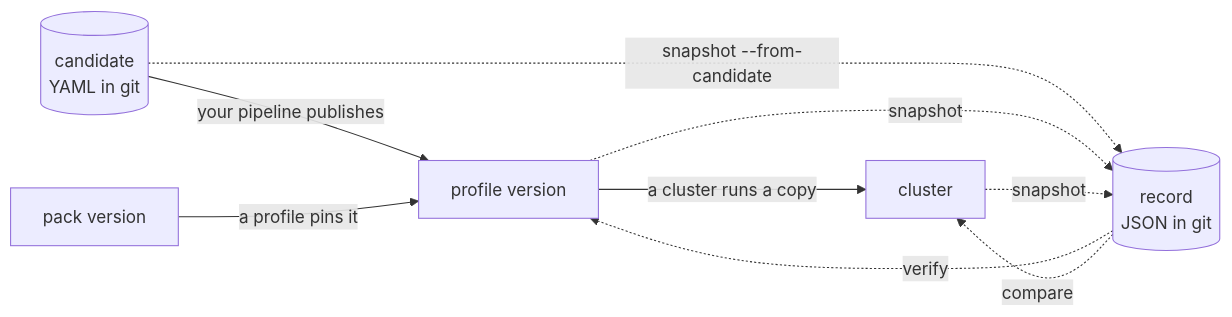
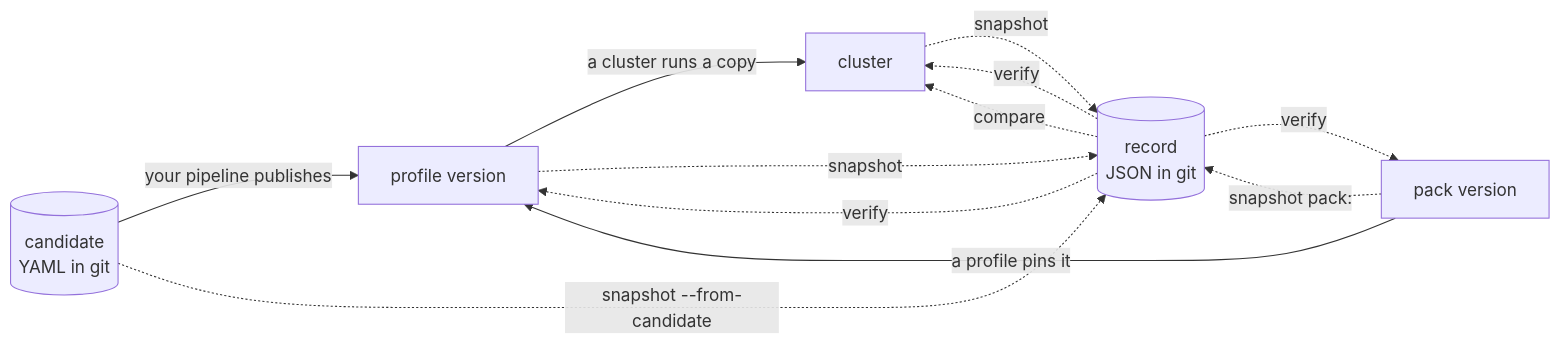
One commit to como-technologies/strata changed the diagram in docs/src/introduction.md. Above: the diagram before and after it, drawn with Mermaid. The commit also changed other lines of this file and 39 other files, not shown here.

````diff
--- a/docs/src/introduction.md
+++ b/docs/src/introduction.md
@@ -16,16 +18,19 @@
 ```mermaid
 flowchart LR
   candidate[("candidate<br/>YAML in git")]
   record[("record<br/>JSON in git")]
   pack["pack version"]
   version["profile version"]
   cluster["cluster"]
   candidate -- "your pipeline publishes" --> version
   pack -- "a profile pins it" --> version
   version -- "a cluster runs a copy" --> cluster
   candidate -. "snapshot --from-candidate" .-> record
   version -. "snapshot" .-> record
   cluster -. "snapshot" .-> record
+  pack -. "snapshot pack:" .-> record
   record -. "verify" .-> version
+  record -. "verify" .-> cluster
+  record -. "verify" .-> pack
   record -. "compare" .-> cluster
 ```
````
